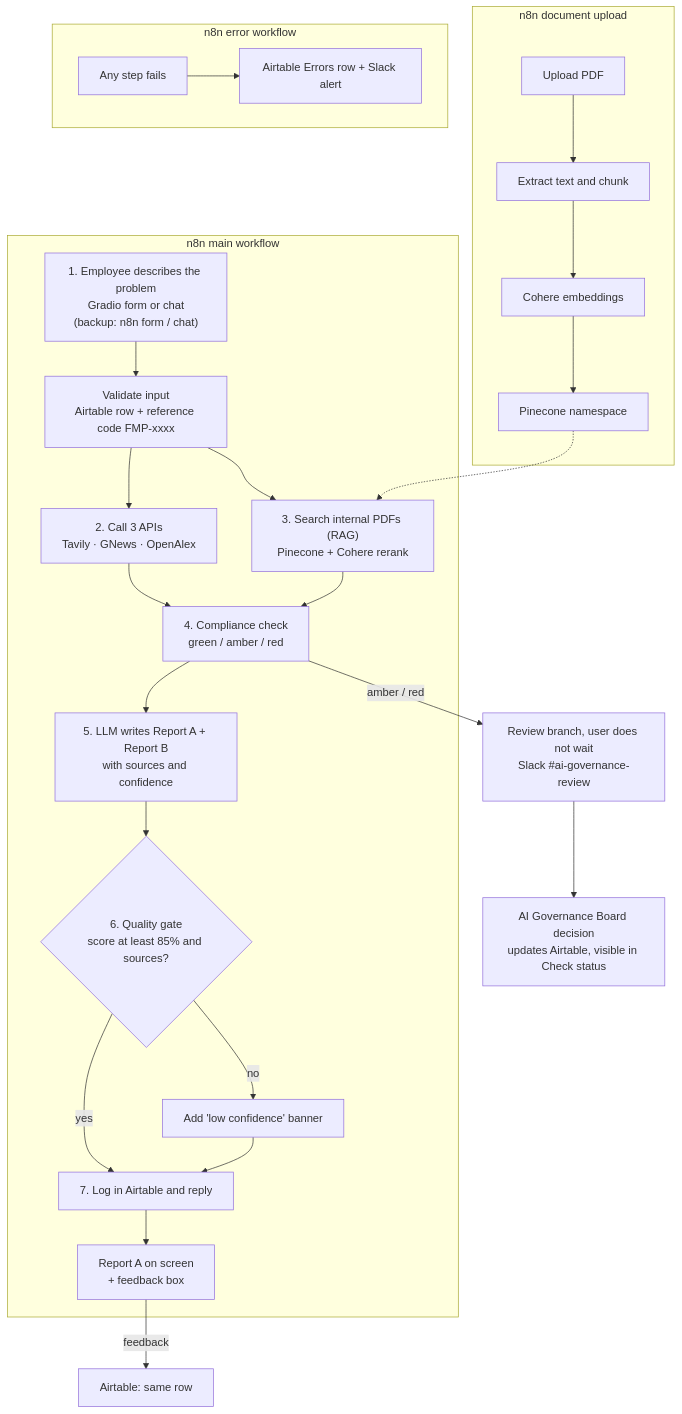
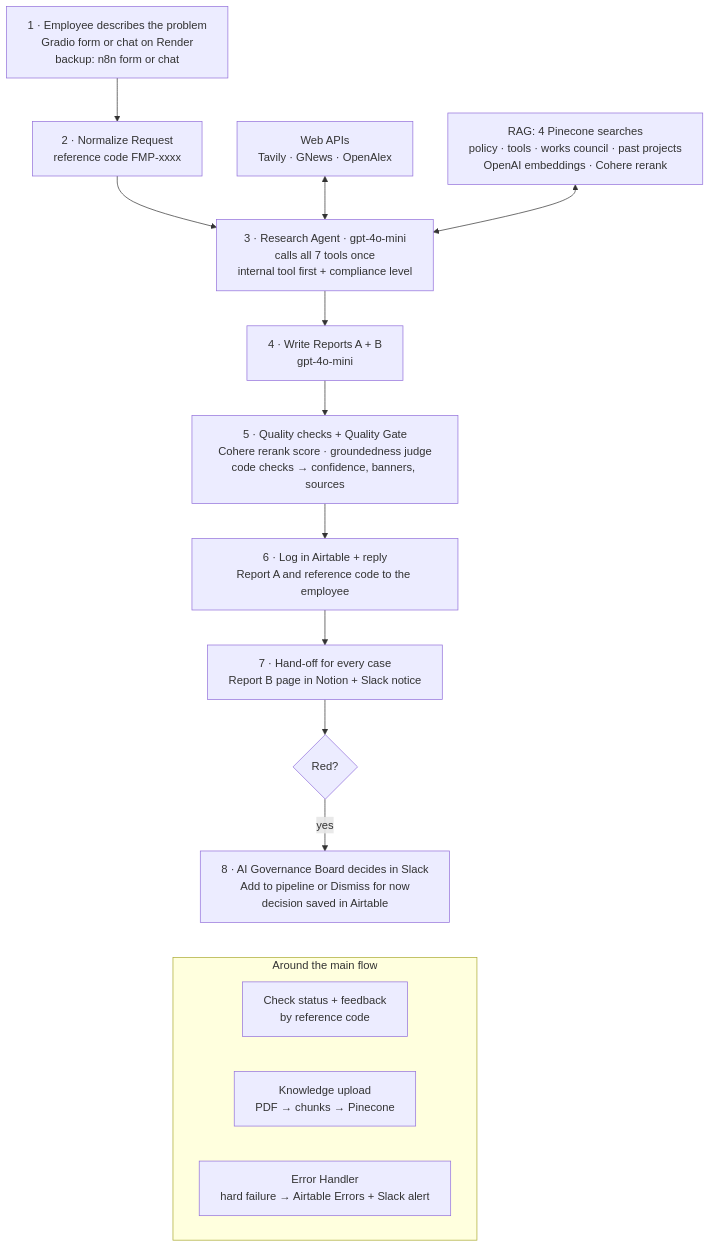
One commit to ayhandemir7-LSSBB/project3-research-and-report changed the diagram in README.md. Above: the diagram before and after it, drawn with Mermaid. The commit also changed other lines of this file and 3 other files, not shown here.

````diff
--- a/README.md
+++ b/README.md
@@ -9,29 +43,22 @@
 ```mermaid
+%%{init: {"flowchart": {"wrappingWidth": 320}}}%%
 flowchart TD
-    subgraph MAIN["n8n main workflow"]
-        U["1. Employee describes the problem<br/>Gradio form or chat<br/>(backup: n8n form / chat)"] --> V["Validate input<br/>Airtable row + reference code FMP-xxxx"]
-        V --> API["2. Call 3 APIs<br/>Tavily · GNews · OpenAlex"]
-        V --> RAG["3. Search internal PDFs (RAG)<br/>Pinecone + Cohere rerank"]
-        API --> C["4. Compliance check<br/>green / amber / red"]
-        RAG --> C
-        C --> R["5. LLM writes Report A + Report B<br/>with sources and confidence"]
-        R --> Q{"6. Quality gate<br/>score at least 85% and sources?"}
-        Q -- "yes" --> L["7. Log in Airtable and reply"]
-        Q -- "no" --> LC["Add 'low confidence' banner"]
-        LC --> L
-        L --> UI["Report A on screen<br/>+ feedback box"]
+    A["1 · Employee describes the problem<br/>Gradio form or chat on Render<br/>backup: n8n form or chat"] --> B["2 · Normalize Request<br/>reference code FMP-xxxx"]
+    B --> C["3 · Research Agent · gpt-4o-mini<br/>calls all 7 tools once<br/>internal tool first + compliance level"]
+    W["Web APIs<br/>Tavily · GNews · OpenAlex"] <--> C
+    K["RAG: 4 Pinecone searches<br/>policy · tools · works council · past projects<br/>OpenAI embeddings · Cohere rerank"] <--> C
+    C --> D["4 · Write Reports A + B<br/>gpt-4o-mini"]
+    D --> E["5 · Quality checks + Quality Gate<br/>Cohere rerank score · groundedness judge<br/>code checks → confidence, banners, sources"]
+    E --> F["6 · Log in Airtable + reply<br/>Report A and reference code to the employee"]
+    F --> G["7 · Hand-off for every case<br/>Report B page in Notion + Slack notice"]
+    G --> H{"Red?"}
+    H -- "yes" --> L["8 · AI Governance Board decides in Slack<br/>Add to pipeline or Dismiss for now<br/>decision saved in Airtable"]
+
+    subgraph AROUND["Around the main flow"]
+        direction LR
+        S["Check status + feedback<br/>by reference code"]
+        U["Knowledge upload<br/>PDF → chunks → Pinecone"]
+        X["Error Handler<br/>hard failure → Airtable Errors + Slack alert"]
     end
-
-    C -- "amber / red" --> REV["Review branch, user does not wait<br/>Slack #ai-governance-review"]
-    REV --> DEC["AI Governance Board decision<br/>updates Airtable, visible in Check status"]
-    UI -- "feedback" --> FB["Airtable: same row"]
-
-    subgraph UP["n8n document upload"]
-        PDF["Upload PDF"] --> EX["Extract text and chunk"] --> EMB["Cohere embeddings"] --> PC["Pinecone namespace"]
-    end
-    PC -.-> RAG
-
-    subgraph ERR["n8n error workflow"]
-        E["Any step fails"] --> EL["Airtable Errors row + Slack alert"]
-    end
+    L ~~~ AROUND
 ```
````
